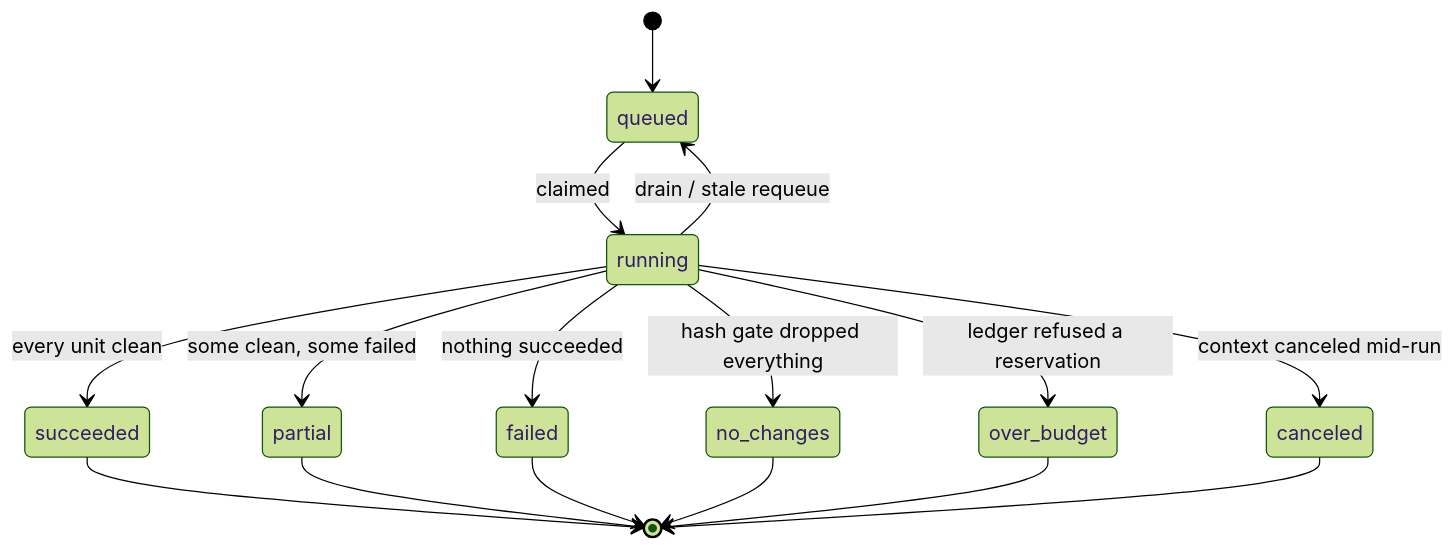
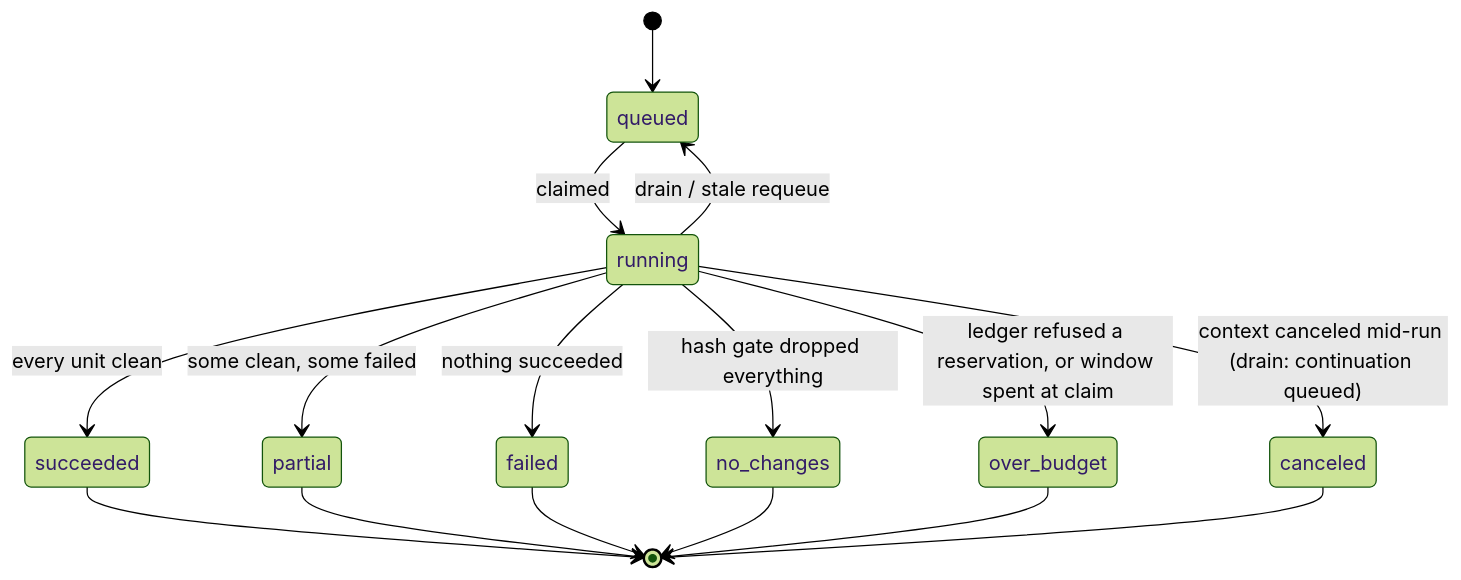
Diagram 16 of 17 in docs/architecture.md (daiwa-zou/kiln), drawn with Mermaid (forest theme) before and after one commit. The commit also changed other lines of this file and 8 other files, not shown here.

````diff
--- a/docs/architecture.md
+++ b/docs/architecture.md
@@ -908,18 +908,18 @@
 ```mermaid
 stateDiagram-v2
     [*] --> queued
     queued --> running : claimed
     running --> succeeded : every unit clean
     running --> partial : some clean, some failed
     running --> failed : nothing succeeded
     running --> no_changes : hash gate dropped everything
-    running --> over_budget : ledger refused a reservation
-    running --> canceled : context canceled mid-run
+    running --> over_budget : ledger refused a reservation, or window spent at claim
+    running --> canceled : context canceled mid-run (drain: continuation queued)
     running --> queued : drain / stale requeue
     succeeded --> [*]
     partial --> [*]
     failed --> [*]
     no_changes --> [*]
     over_budget --> [*]
     canceled --> [*]
 ```
````
